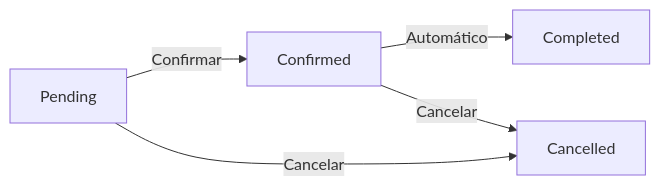
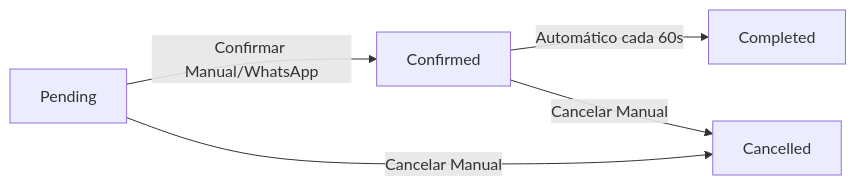
The diagram in appointments/appointment-statuses.mdx (d0rk1s/docs), drawn with Mermaid before and after one commit. The commit also changed other lines of this file and 21 other files, not shown here.

````diff
--- a/appointments/appointment-statuses.mdx
+++ b/appointments/appointment-statuses.mdx
@@ -53,7 +29,7 @@
 ```mermaid
 graph LR
-    A[Pending] -->|Confirmar| B[Confirmed]
-    B -->|Automático| C[Completed]
-    A-->|Cancelar| D[Cancelled]
-    B -->|Cancelar| D
+    A[Pending] -->|Confirmar Manual/WhatsApp| B[Confirmed]
+    B -->|Automático cada 60s| C[Completed]
+    A-->|Cancelar Manual| D[Cancelled]
+    B -->|Cancelar Manual| D
 ```
````
